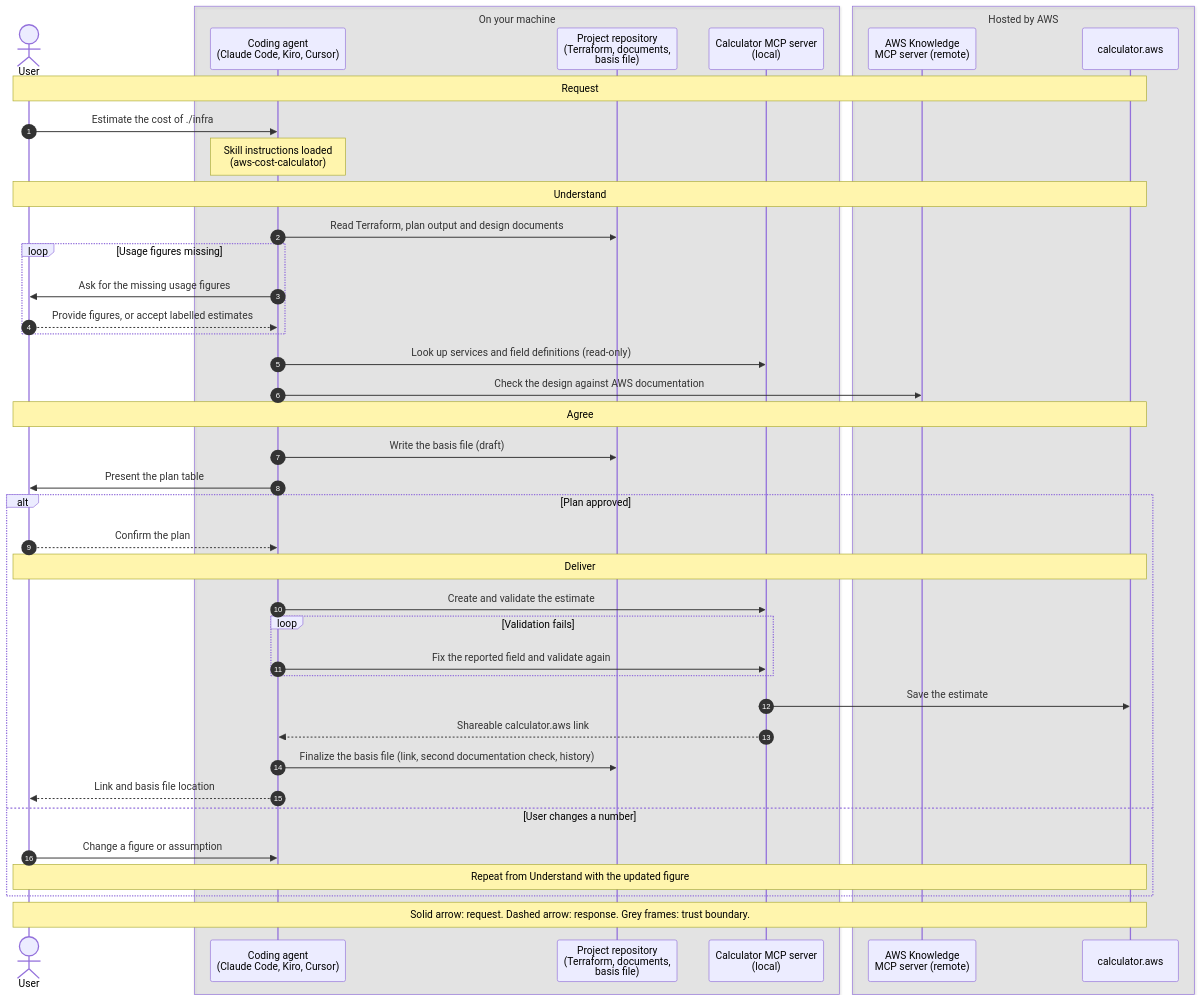
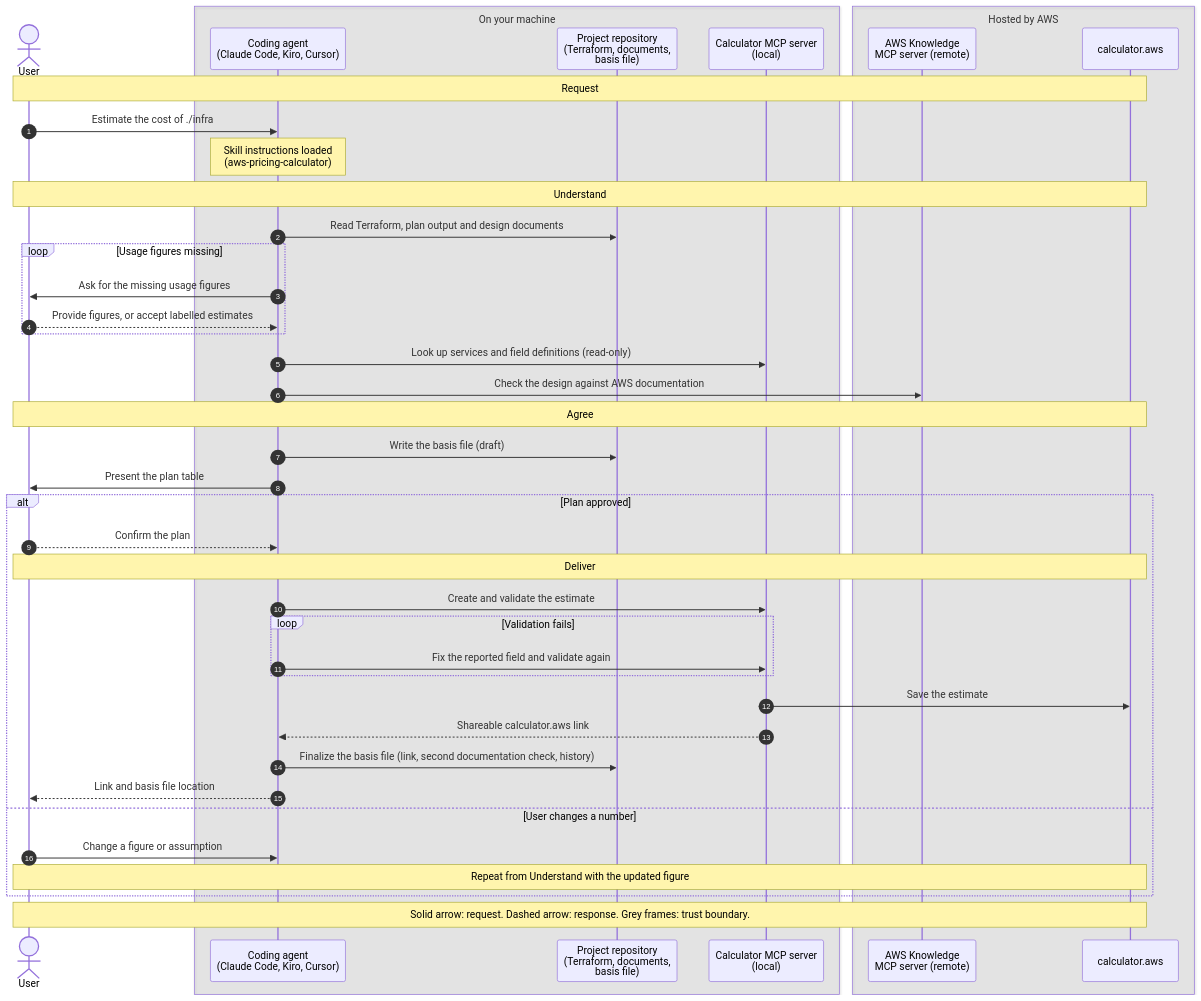
The diagram in README.md (haakond/aws-cost-calculator-skill), drawn with Mermaid before and after one commit. The commit also changed other lines of this file and 6 other files, not shown here.

First line of the commit message:
Rename to aws-pricing-calculator to match the official AWS service name

````diff
--- a/README.md
+++ b/README.md
@@ -64,48 +64,48 @@
 ```mermaid
 sequenceDiagram
     autonumber
     actor User
     box rgba(128, 128, 128, 0.15) On your machine
         participant Agent as Coding agent<br/>(Claude Code, Kiro, Cursor)
         participant Repo as Project repository<br/>(Terraform, documents,<br/>basis file)
         participant Calc as Calculator MCP server<br/>(local)
     end
     box rgba(128, 128, 128, 0.15) Hosted by AWS
         participant Know as AWS Knowledge<br/>MCP server (remote)
         participant Web as calculator.aws
     end
 
     Note over User,Web: Request
     User->>Agent: Estimate the cost of ./infra
-    Note over Agent: Skill instructions loaded<br/>(aws-cost-calculator)
+    Note over Agent: Skill instructions loaded<br/>(aws-pricing-calculator)
 
     Note over User,Web: Understand
     Agent->>Repo: Read Terraform, plan output and design documents
     loop Usage figures missing
         Agent->>User: Ask for the missing usage figures
         User-->>Agent: Provide figures, or accept labelled estimates
     end
     Agent->>Calc: Look up services and field definitions (read-only)
     Agent->>Know: Check the design against AWS documentation
 
     Note over User,Web: Agree
     Agent->>Repo: Write the basis file (draft)
     Agent->>User: Present the plan table
     alt Plan approved
         User-->>Agent: Confirm the plan
         Note over User,Web: Deliver
         Agent->>Calc: Create and validate the estimate
         loop Validation fails
             Agent->>Calc: Fix the reported field and validate again
         end
         Calc->>Web: Save the estimate
         Calc-->>Agent: Shareable calculator.aws link
         Agent->>Repo: Finalize the basis file (link, second documentation check, history)
         Agent-->>User: Link and basis file location
     else User changes a number
         User->>Agent: Change a figure or assumption
         Note over User,Web: Repeat from Understand with the updated figure
     end
 
     Note over User,Web: Solid arrow: request. Dashed arrow: response. Grey frames: trust boundary.
 ```
````
